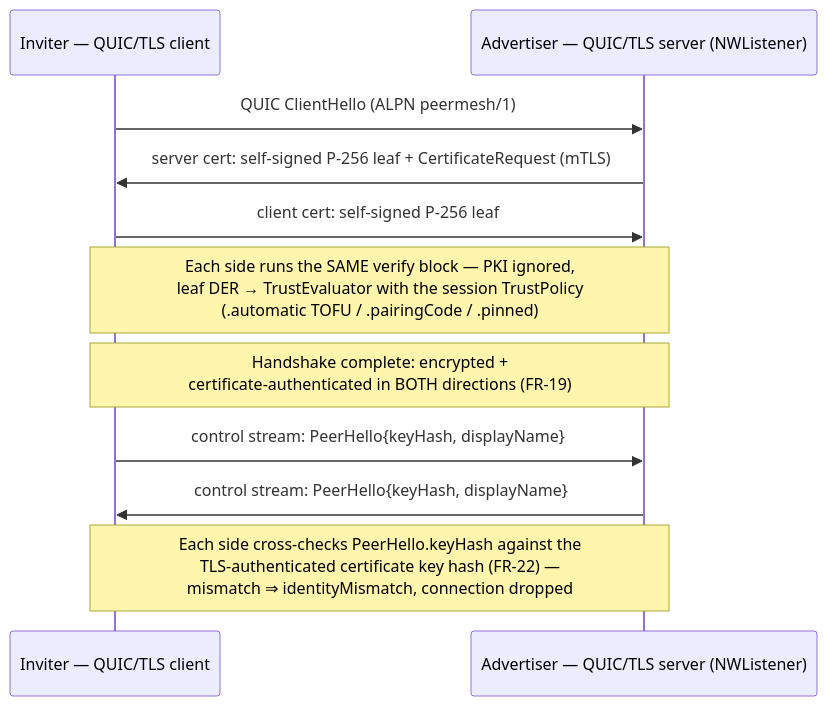
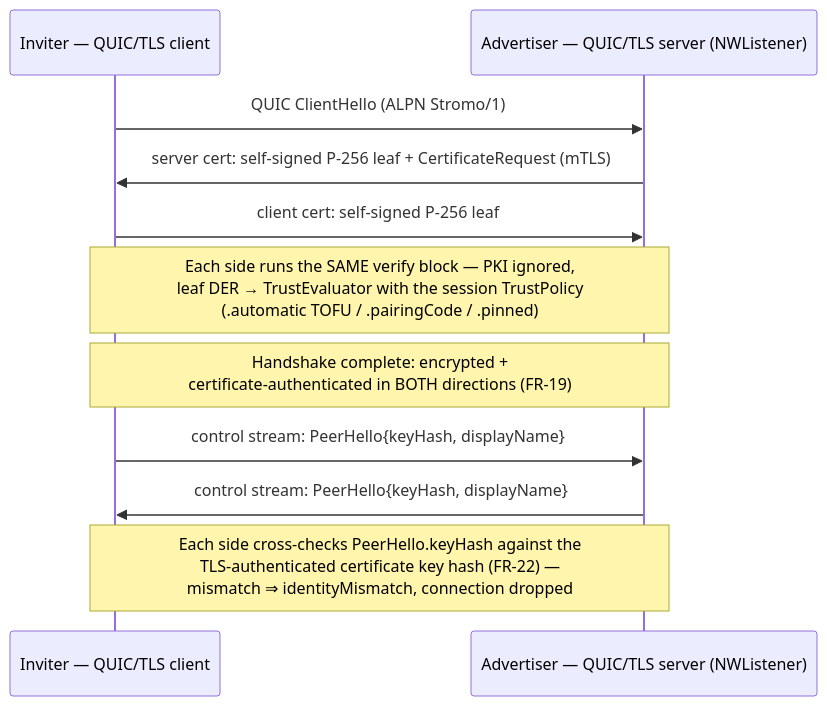
One commit to security-union/Stormo changed the eighth of 8 diagrams in docs/design-mpc-successor.md. Above: the diagram before and after it, drawn with Mermaid. The commit also changed other lines of this file and 52 other files, not shown here.

````diff
--- a/docs/design-mpc-successor.md
+++ b/docs/design-mpc-successor.md
@@ -511,13 +511,13 @@
 ```mermaid
 sequenceDiagram
     participant B as Inviter — QUIC/TLS client
     participant A as Advertiser — QUIC/TLS server (NWListener)
-    B->>A: QUIC ClientHello (ALPN peermesh/1)
+    B->>A: QUIC ClientHello (ALPN Stromo/1)
     A->>B: server cert: self-signed P-256 leaf + CertificateRequest (mTLS)
     B->>A: client cert: self-signed P-256 leaf
     Note over B,A: Each side runs the SAME verify block — PKI ignored,<br/>leaf DER → TrustEvaluator with the session TrustPolicy<br/>(.automatic TOFU / .pairingCode / .pinned)
     Note over B,A: Handshake complete: encrypted +<br/>certificate-authenticated in BOTH directions (FR-19)
     B->>A: control stream: PeerHello{keyHash, displayName}
     A->>B: control stream: PeerHello{keyHash, displayName}
     Note over B,A: Each side cross-checks PeerHello.keyHash against the<br/>TLS-authenticated certificate key hash (FR-22) —<br/>mismatch ⇒ identityMismatch, connection dropped
 ```
````
